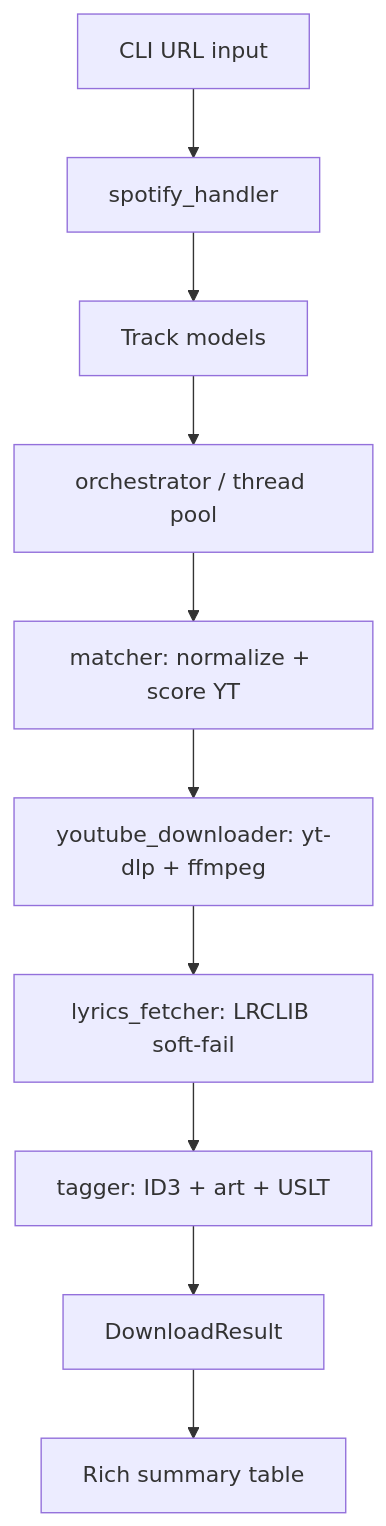
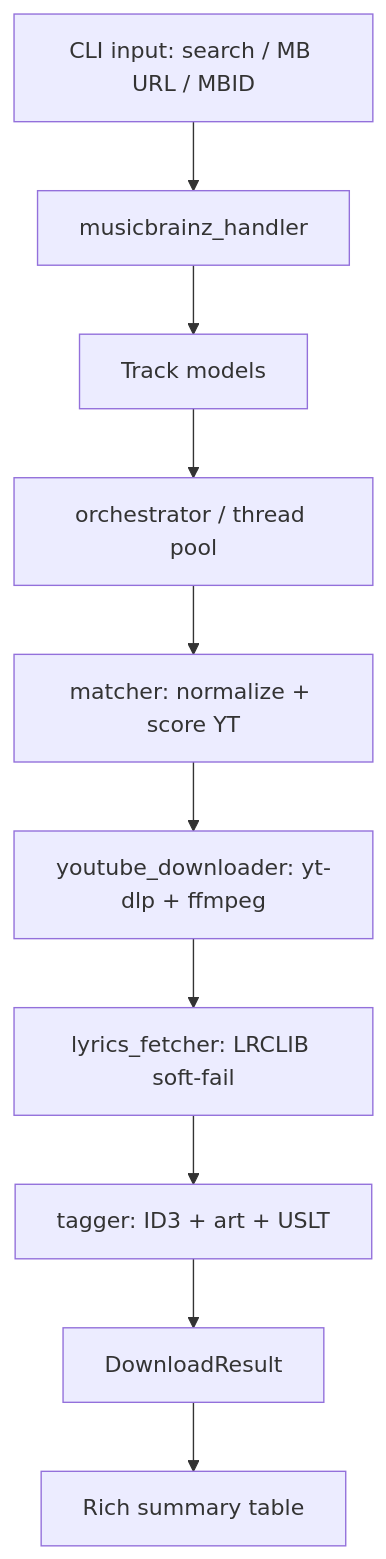
The diagram in DESIGN.md (pchrysostomou/cratedig), drawn with Mermaid before and after one commit. The commit also changed other lines of this file, not shown here.

````diff
--- a/DESIGN.md
+++ b/DESIGN.md
@@ -148,12 +150,12 @@
 ```mermaid
 flowchart TD
-    A[CLI URL input] --> B[spotify_handler]
+    A[CLI input: search / MB URL / MBID] --> B[musicbrainz_handler]
     B --> C[Track models]
     C --> D[orchestrator / thread pool]
     D --> E[matcher: normalize + score YT]
     E --> F[youtube_downloader: yt-dlp + ffmpeg]
     F --> G[lyrics_fetcher: LRCLIB soft-fail]
     G --> H[tagger: ID3 + art + USLT]
     H --> I[DownloadResult]
     I --> J[Rich summary table]
 ```
````
